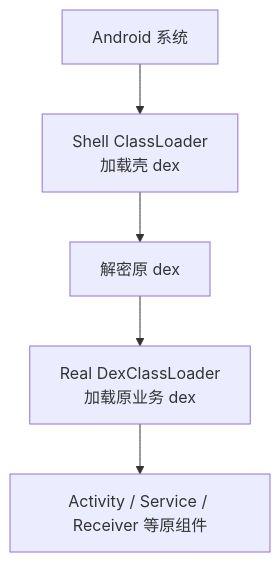
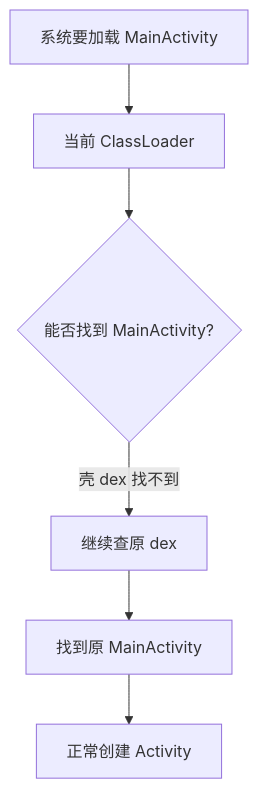
One commit to junyingzhao001/StudyNotes changed the fourth of 12 diagrams in android插件相关/App加固详解.md. Above: the diagram before and after it, drawn with Mermaid. The commit also changed other lines of this file and 3 other files, not shown here.

````diff
--- a/android插件相关/App加固详解.md
+++ b/android插件相关/App加固详解.md
@@ -343,9 +357,8 @@
 ```mermaid
-flowchart TB
-  System["Android 系统"] --> ShellLoader["Shell ClassLoader
-加载壳 dex"]
-  ShellLoader --> DecryptDex["解密原 dex"]
-  DecryptDex --> RealLoader["Real DexClassLoader
-加载原业务 dex"]
-  RealLoader --> Components["Activity / Service / Receiver 等原组件"]
+flowchart TD
+    A["系统要加载 MainActivity"] --> B["当前 ClassLoader"]
+    B --> C{"能否找到 MainActivity?"}
+    C -->|"壳 dex 找不到"| D["继续查原 dex"]
+    D --> E["找到原 MainActivity"]
+    E --> F["正常创建 Activity"]
 ```
````
